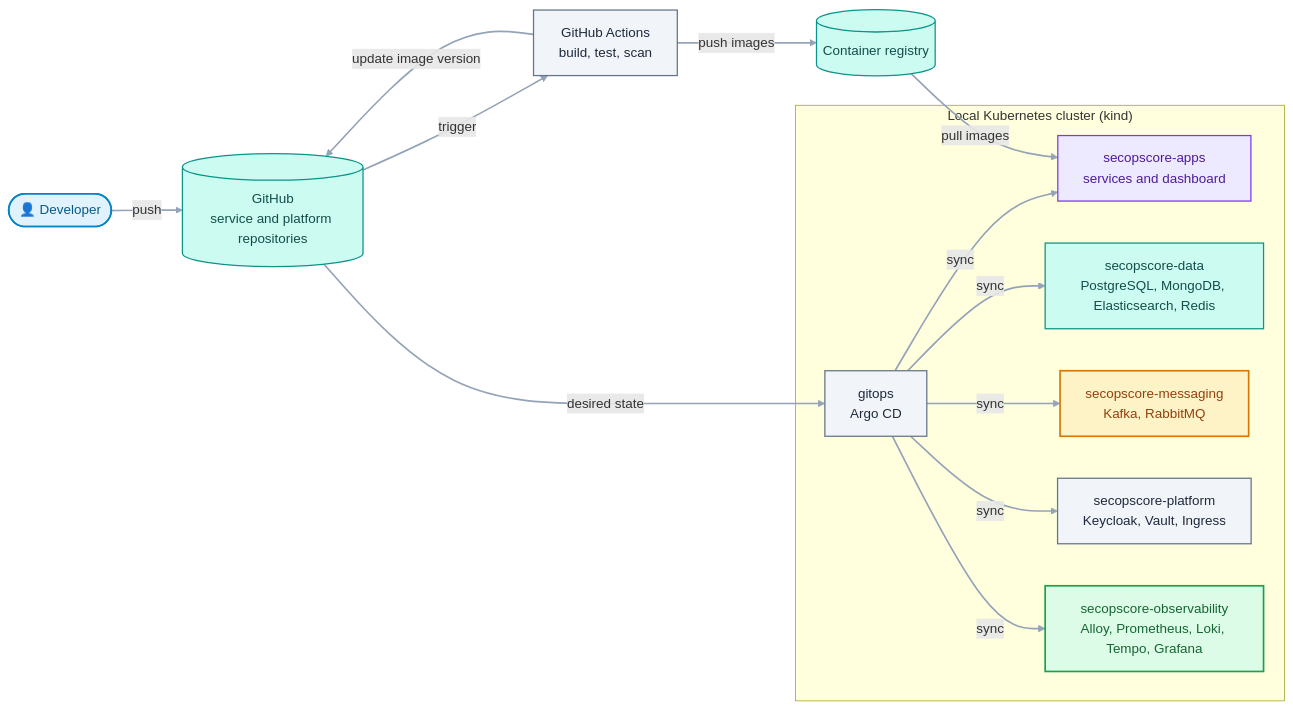
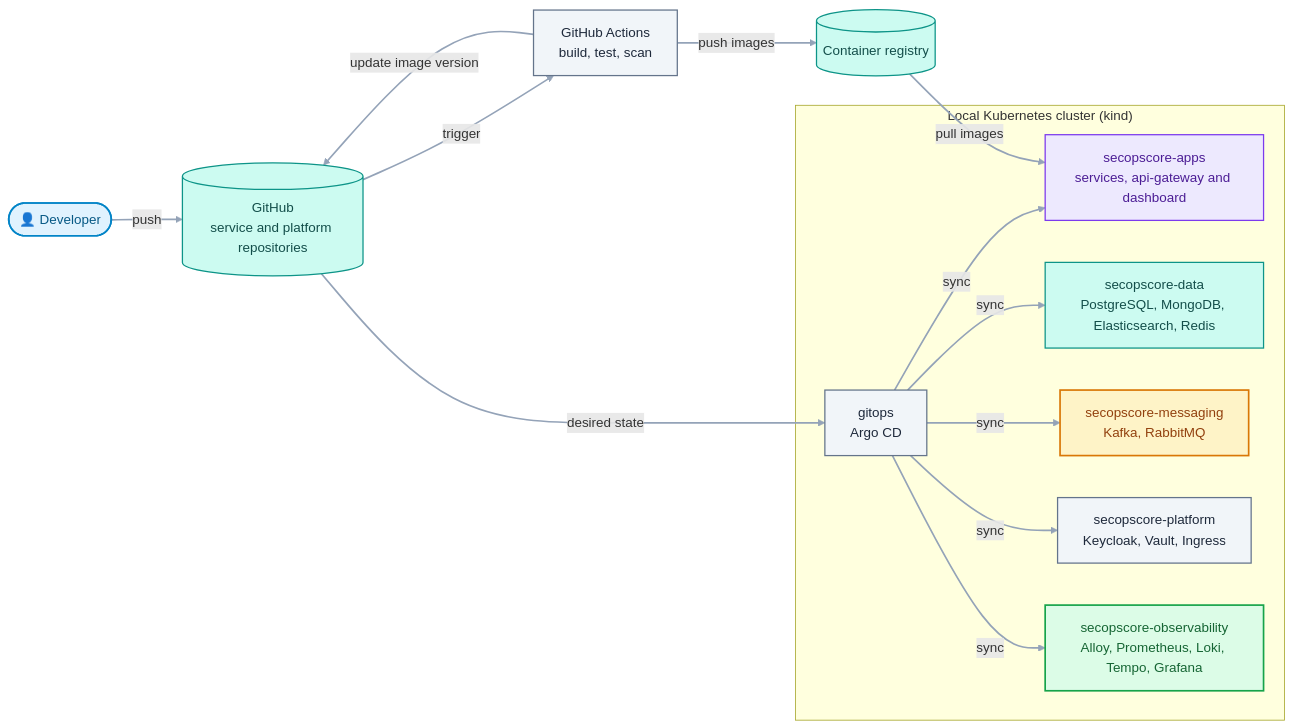
The seventh of 7 diagrams in ARCHITECTURE.md (SecOpsCore/docs), drawn with Mermaid before and after one commit. The commit also changed other lines of this file, not shown here.

Commit message:
docs: update ARCHITECTURE

````diff
--- a/ARCHITECTURE.md
+++ b/ARCHITECTURE.md
@@ -653,46 +684,46 @@
 ```mermaid
 flowchart LR
     DEV(["👤 Developer"])
     GIT[("GitHub<br/>service and platform repositories")]
     CI["GitHub Actions<br/>build, test, scan"]
     REG[("Container registry")]
 
     subgraph CLUSTER["Local Kubernetes cluster (kind)"]
         NSG["gitops<br/>Argo CD"]
-        NSA["secopscore-apps<br/>services and dashboard"]
+        NSA["secopscore-apps<br/>services, api-gateway and dashboard"]
         NSD["secopscore-data<br/>PostgreSQL, MongoDB, Elasticsearch, Redis"]
         NSM["secopscore-messaging<br/>Kafka, RabbitMQ"]
         NSP["secopscore-platform<br/>Keycloak, Vault, Ingress"]
         NSO["secopscore-observability<br/>Alloy, Prometheus, Loki, Tempo, Grafana"]
     end
 
     DEV -->|"push"| GIT
     GIT -->|"trigger"| CI
     CI -->|"push images"| REG
     CI -->|"update image version"| GIT
     GIT -->|"desired state"| NSG
     NSG -->|"sync"| NSA
     NSG -->|"sync"| NSD
     NSG -->|"sync"| NSM
     NSG -->|"sync"| NSP
     NSG -->|"sync"| NSO
     REG -->|"pull images"| NSA
 
     classDef source fill:#E0F2FE,stroke:#0284C7,color:#075985,stroke-width:2px
     classDef pipeline fill:#F1F5F9,stroke:#64748B,color:#1E293B,stroke-width:1.5px
     classDef messaging fill:#FEF3C7,stroke:#D97706,color:#92400E,stroke-width:2px
     classDef storage fill:#CCFBF1,stroke:#0D9488,color:#134E4A,stroke-width:1.5px
     classDef processing fill:#EDE9FE,stroke:#7C3AED,color:#4C1D95,stroke-width:1.5px
     classDef output fill:#DCFCE7,stroke:#16A34A,color:#166534,stroke-width:2px
 
     class DEV source
     class GIT,REG storage
     class CI,NSG pipeline
     class NSA processing
     class NSD storage
     class NSM messaging
     class NSP pipeline
     class NSO output
 
     linkStyle default stroke:#94A3B8,stroke-width:2px
 ```
````
